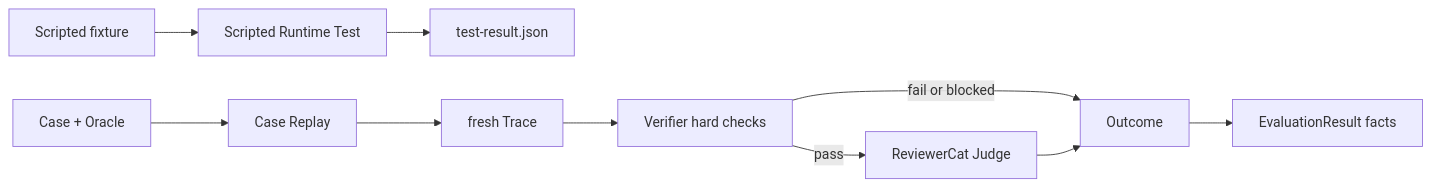
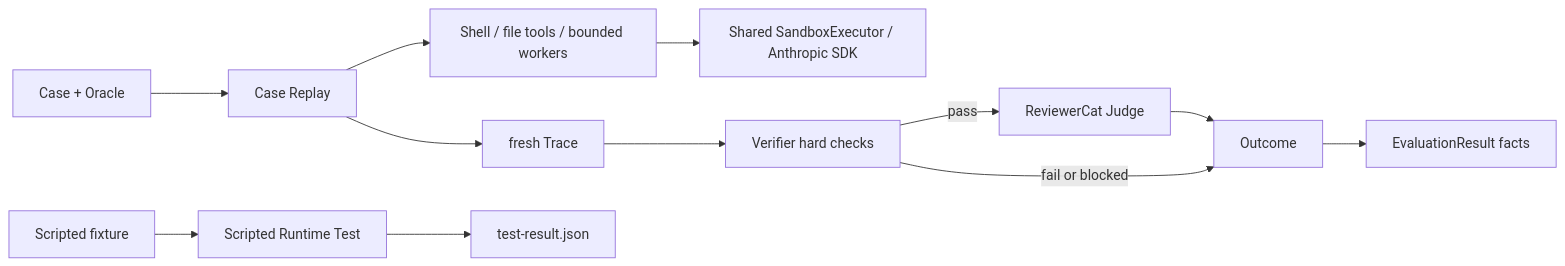
Before and after one commit to fightheyyy/xiaobaOS: the first of 2 diagrams in docs/evaluation/SPEC.md, drawn with Mermaid. The commit also changed other lines of this file and 129 other files, not shown here.

````diff
--- a/docs/evaluation/SPEC.md
+++ b/docs/evaluation/SPEC.md
@@ -46,13 +46,15 @@
 ```mermaid
 flowchart LR
+    Replay --> Execution["Shell / file tools / bounded workers"]
+    Execution --> Sandbox["Shared SandboxExecutor / Anthropic SDK"]
     Fixture["Scripted fixture"] --> Test["Scripted Runtime Test"]
     Test --> TestResult["test-result.json"]
 
     Case["Case + Oracle"] --> Replay["Case Replay"]
     Replay --> Trace["fresh Trace"]
     Trace --> Verifier["Verifier hard checks"]
     Verifier -->|pass| Reviewer["ReviewerCat Judge"]
     Verifier -->|fail or blocked| Outcome["Outcome"]
     Reviewer --> Outcome
     Outcome --> Facts["EvaluationResult facts"]
 ```
````
